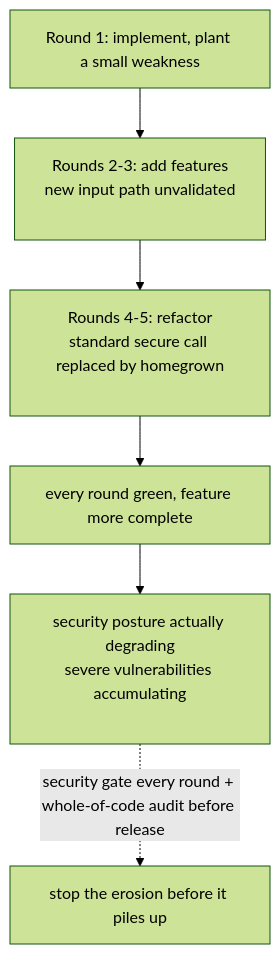
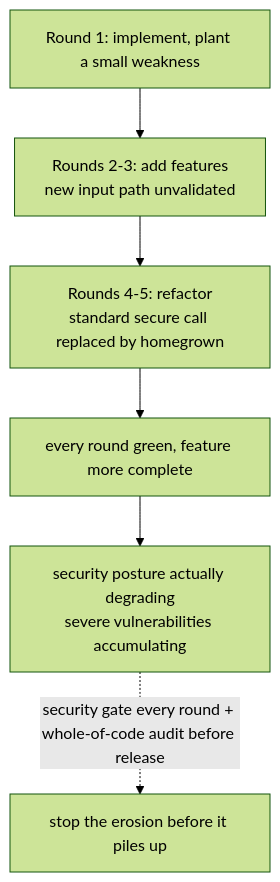
The diagram in i18n/en/docusaurus-plugin-content-docs/current/07-acceptance-release/iterative-security-erosion.mdx (XuebinMa/AIWiki), drawn with Mermaid (forest theme) before and after one commit. The commit also changed 99 other files, not shown here.

First line of the commit message:
fix(mermaid): 全局根治节点文字裁切（htmlLabels:false + 清理 br/nbsp 占位）(#26)

````diff
--- a/i18n/en/docusaurus-plugin-content-docs/current/07-acceptance-release/iterative-security-erosion.mdx
+++ b/i18n/en/docusaurus-plugin-content-docs/current/07-acceptance-release/iterative-security-erosion.mdx
@@ -44,8 +44,8 @@
 ```mermaid
 flowchart TD
-    A[Round 1: implement, plant a small weakness] --> B[Rounds 2-3: add features<br/>new input path unvalidated<br/>&nbsp;]
-    B --> C[Rounds 4-5: refactor<br/>standard secure call replaced by homegrown<br/>&nbsp;]
+    A[Round 1: implement, plant a small weakness] --> B[Rounds 2-3: add features<br/>new input path unvalidated]
+    B --> C[Rounds 4-5: refactor<br/>standard secure call replaced by homegrown]
     C --> D[every round green, feature more complete]
-    D --> E[security posture actually degrading<br/>severe vulnerabilities accumulating<br/>&nbsp;]
+    D --> E[security posture actually degrading<br/>severe vulnerabilities accumulating]
     E -.security gate every round + whole-of-code audit before release.-> F[stop the erosion before it piles up]
 ```
````
